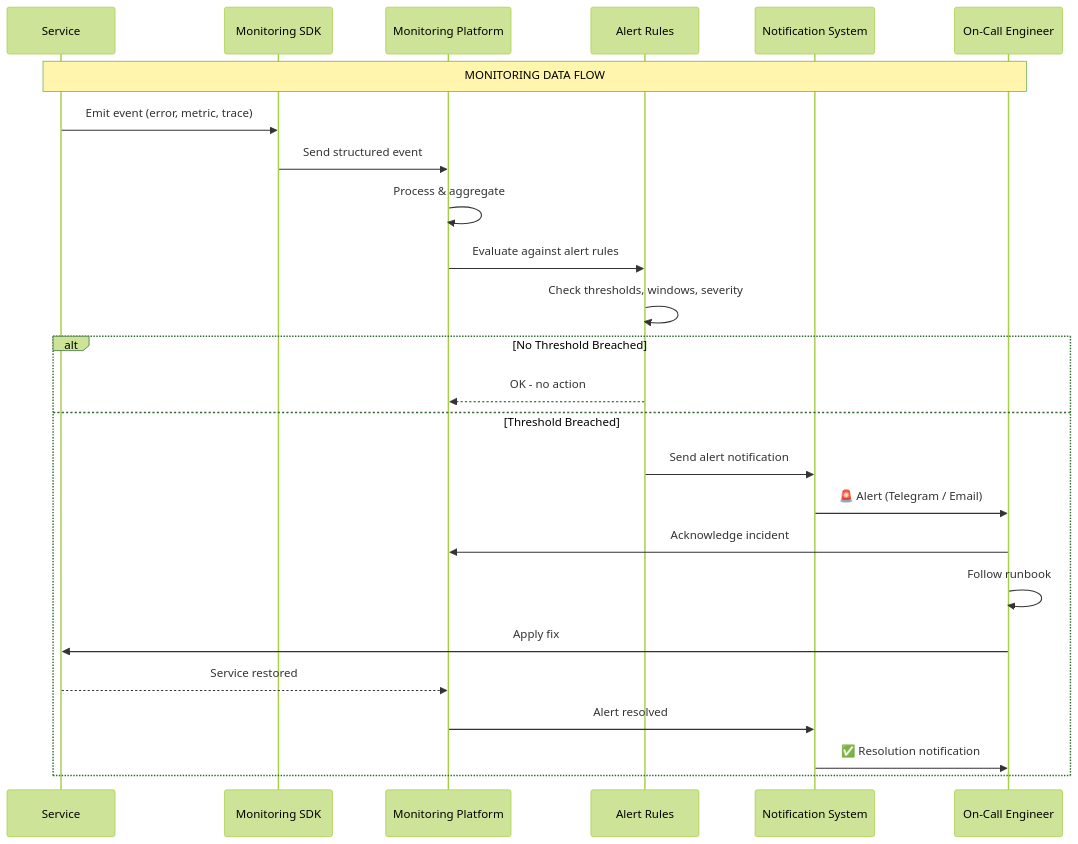
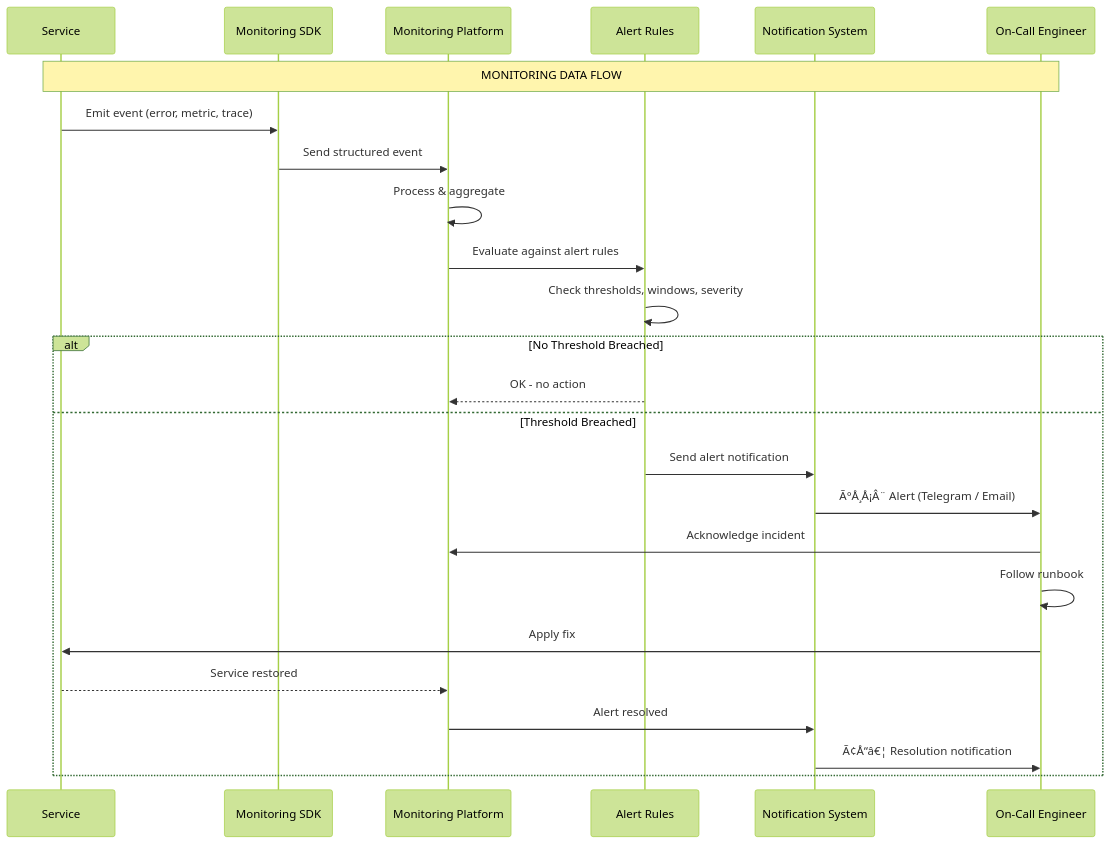
One commit to rohitkumarnaidu/Portfolio changed the second of 3 diagrams in docs/14-observability/MONITORING.md. Above: the diagram before and after it, drawn with Mermaid (forest theme). The commit also changed other lines of this file and 343 other files, not shown here.

First line of the commit message:
docs: add Mermaid diagrams across 140+ files — 38% -> 70% coverage

````diff
--- a/docs/14-observability/MONITORING.md
+++ b/docs/14-observability/MONITORING.md
@@ -171,31 +171,31 @@
 ```mermaid
 sequenceDiagram
     participant S as Service
     participant SDK as Monitoring SDK
     participant Platform as Monitoring Platform
     participant Rules as Alert Rules
     participant Notifier as Notification System
     participant Oncall as On-Call Engineer
 
     Note over S,Oncall: MONITORING DATA FLOW
 
     S->>SDK: Emit event (error, metric, trace)
     SDK->>Platform: Send structured event
     Platform->>Platform: Process & aggregate
 
     Platform->>Rules: Evaluate against alert rules
     Rules->>Rules: Check thresholds, windows, severity
 
     alt No Threshold Breached
         Rules-->>Platform: OK - no action
     else Threshold Breached
         Rules->>Notifier: Send alert notification
-        Notifier->>Oncall: 🚨 Alert (Telegram / Email)
+        Notifier->>Oncall: Ã°Å¸Å¡Â¨ Alert (Telegram / Email)
         Oncall->>Platform: Acknowledge incident
         Oncall->>Oncall: Follow runbook
         Oncall->>S: Apply fix
         S-->>Platform: Service restored
         Platform->>Notifier: Alert resolved
-        Notifier->>Oncall: ✅ Resolution notification
+        Notifier->>Oncall: Ã¢Å“â€¦ Resolution notification
     end
 ```
````
